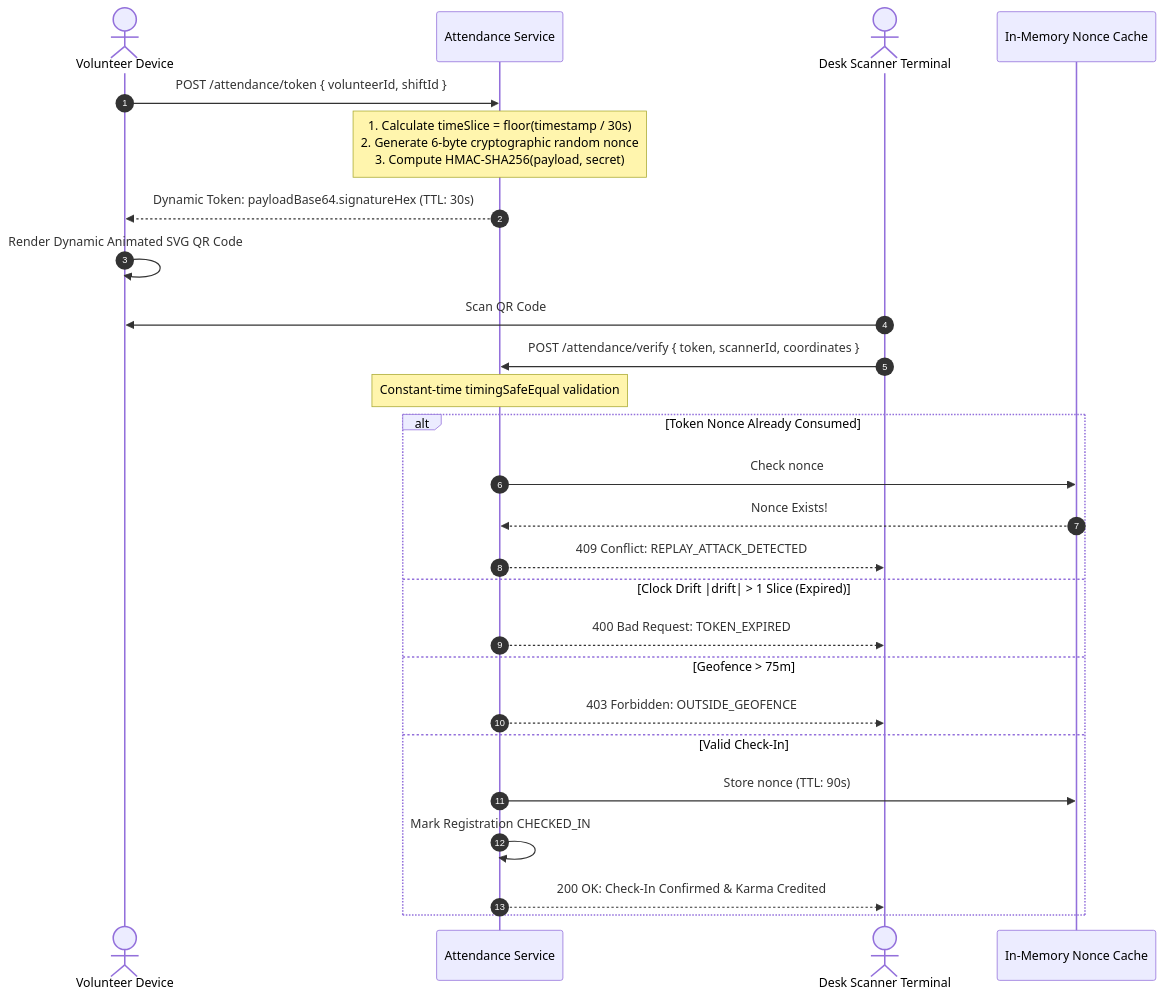
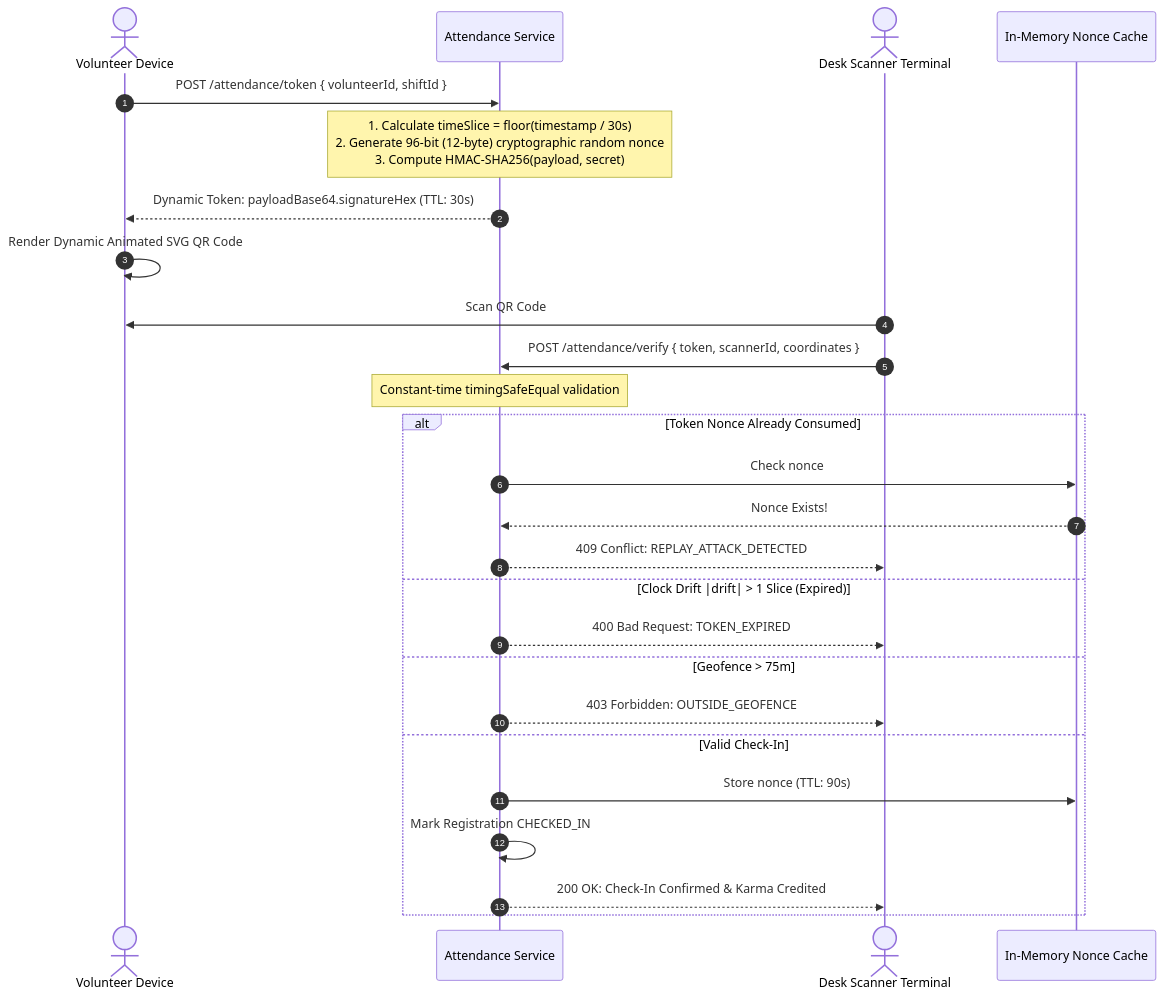
The sixth of 10 diagrams in ARCHITECTURE.md (aritroBh/HackIllinois-2027-Systems-Coding-Challenge), drawn with Mermaid before and after one commit. The commit also changed 6 other files, not shown here.

````diff
--- a/ARCHITECTURE.md
+++ b/ARCHITECTURE.md
@@ -399,31 +399,31 @@
 ```mermaid
 sequenceDiagram
     autonumber
     actor Vol as Volunteer Device
     participant Srv as Attendance Service
     actor Scanner as Desk Scanner Terminal
     participant Cache as In-Memory Nonce Cache
 
     Vol->>Srv: POST /attendance/token { volunteerId, shiftId }
-    Note over Srv: 1. Calculate timeSlice = floor(timestamp / 30s)<br/>2. Generate 6-byte cryptographic random nonce<br/>3. Compute HMAC-SHA256(payload, secret)
+    Note over Srv: 1. Calculate timeSlice = floor(timestamp / 30s)<br/>2. Generate 96-bit (12-byte) cryptographic random nonce<br/>3. Compute HMAC-SHA256(payload, secret)
     Srv-->>Vol: Dynamic Token: payloadBase64.signatureHex (TTL: 30s)
     Vol->>Vol: Render Dynamic Animated SVG QR Code
 
     Scanner->>Vol: Scan QR Code
     Scanner->>Srv: POST /attendance/verify { token, scannerId, coordinates }
     Note over Srv: Constant-time timingSafeEqual validation
 
     alt Token Nonce Already Consumed
         Srv->>Cache: Check nonce
         Cache-->>Srv: Nonce Exists!
         Srv-->>Scanner: 409 Conflict: REPLAY_ATTACK_DETECTED
     else Clock Drift |drift| > 1 Slice (Expired)
         Srv-->>Scanner: 400 Bad Request: TOKEN_EXPIRED
     else Geofence > 75m
         Srv-->>Scanner: 403 Forbidden: OUTSIDE_GEOFENCE
     else Valid Check-In
         Srv->>Cache: Store nonce (TTL: 90s)
         Srv->>Srv: Mark Registration CHECKED_IN
         Srv-->>Scanner: 200 OK: Check-In Confirmed & Karma Credited
     end
 ```
````
